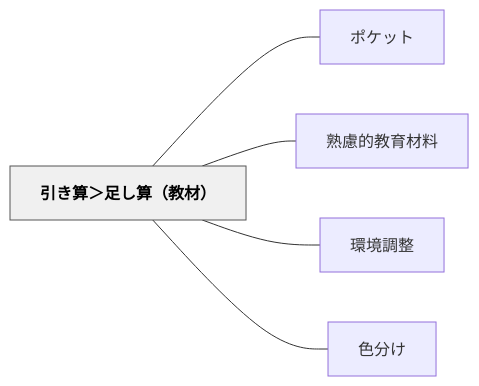
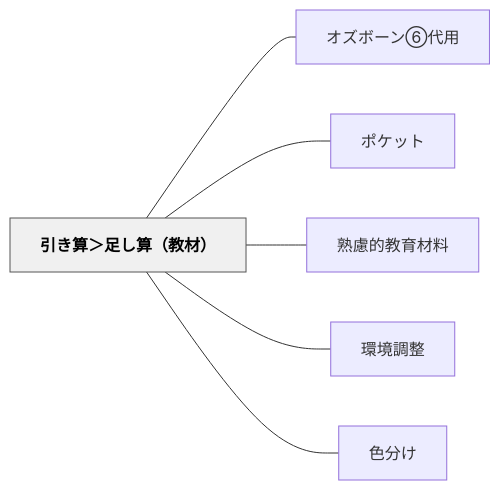
One commit to unknownthings-ed-patterns/unknownthings-ed-patterns changed the diagram in content/パタン/引き算＞足し算（教材）.md. Above: the diagram before and after it, drawn with Mermaid. The commit also changed other lines of this file and 44 other files, not shown here.

````diff
--- a/content/パタン/引き算＞足し算（教材）.md
+++ b/content/パタン/引き算＞足し算（教材）.md
@@ -48,16 +49,18 @@
 ```mermaid
 flowchart LR
     ne5bc95e3818de7ae97efbc9ee8b6b3e38197e7ae97efbc88e69599e69d90efbc89["引き算＞足し算（教材）"]
+    ne382aae382bae3839ce383bce383b3e291a5e4bba3e794a8["オズボーン⑥代用"]
     ne3839de382b1e38383e38388["ポケット"]
     ne7869fe685aee79a84e69599e882b2e69d90e69699["熟慮的教育材料"]
     ne792b0e5a283e8aabfe695b4["環境調整"]
     ne889b2e58886e38191["色分け"]
 
+    ne5bc95e3818de7ae97efbc9ee8b6b3e38197e7ae97efbc88e69599e69d90efbc89 --- ne382aae382bae3839ce383bce383b3e291a5e4bba3e794a8
     ne5bc95e3818de7ae97efbc9ee8b6b3e38197e7ae97efbc88e69599e69d90efbc89 --- ne3839de382b1e38383e38388
     ne5bc95e3818de7ae97efbc9ee8b6b3e38197e7ae97efbc88e69599e69d90efbc89 --- ne7869fe685aee79a84e69599e882b2e69d90e69699
     ne5bc95e3818de7ae97efbc9ee8b6b3e38197e7ae97efbc88e69599e69d90efbc89 --- ne792b0e5a283e8aabfe695b4
     ne5bc95e3818de7ae97efbc9ee8b6b3e38197e7ae97efbc88e69599e69d90efbc89 --- ne889b2e58886e38191
 
     classDef hub fill:#f0f0f0,stroke:#555,color:#000,font-weight:bold
     class ne5bc95e3818de7ae97efbc9ee8b6b3e38197e7ae97efbc88e69599e69d90efbc89 hub
 ```
````
